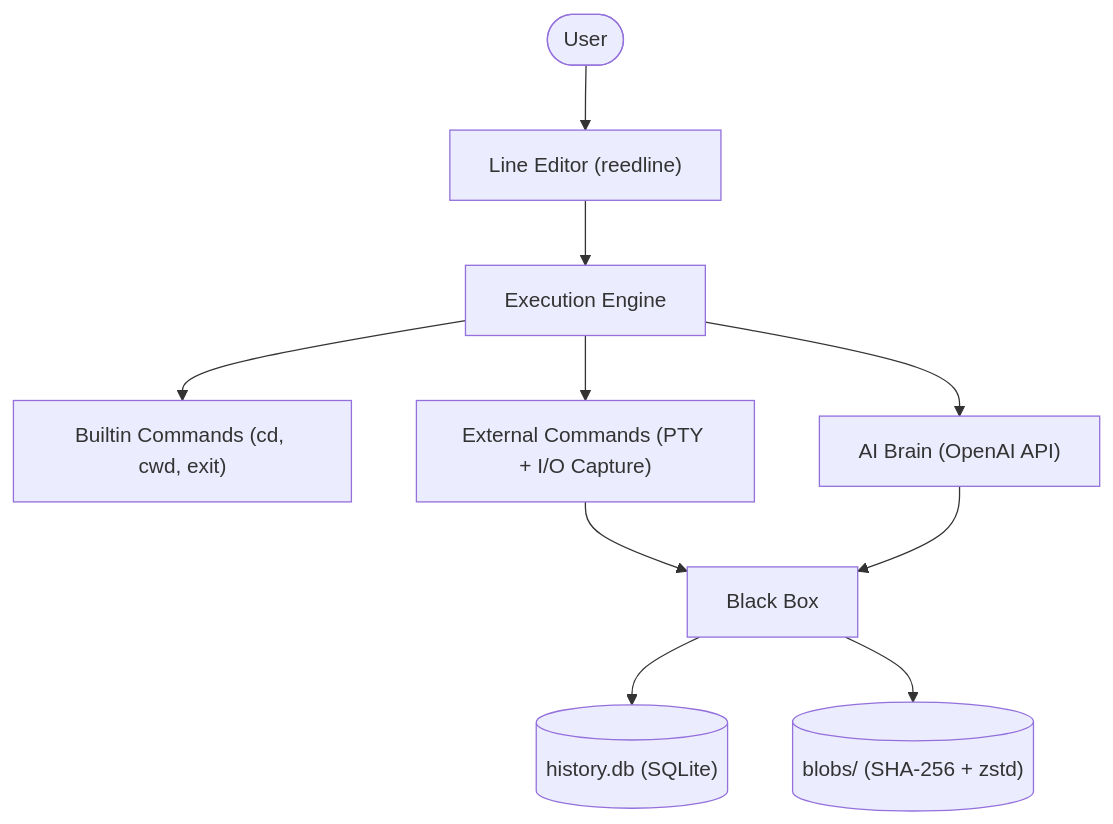
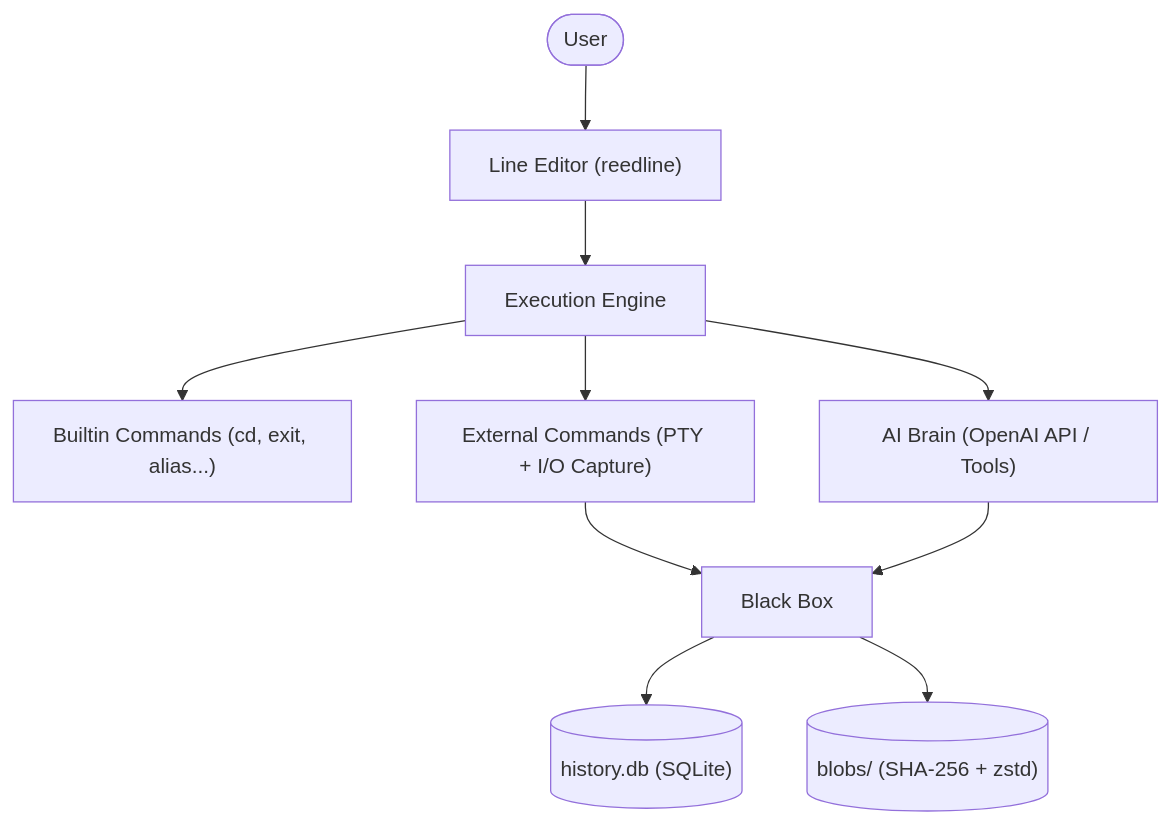
One commit to tominaga-h/jarvis-shell changed the diagram in README.md. Above: the diagram before and after it, drawn with Mermaid. The commit also changed other lines of this file and 1 other file, not shown here.

````diff
--- a/README.md
+++ b/README.md
@@ -149,12 +138,12 @@
 ```mermaid
 graph TB
     User(["User"]) --> A["Line Editor (reedline)"]
     A --> B["Execution Engine"]
-    B --> B1["Builtin Commands (cd, cwd, exit)"]
+    B --> B1["Builtin Commands (cd, exit, alias...)"]
     B --> B2["External Commands (PTY + I/O Capture)"]
-    B --> D["AI Brain (OpenAI API)"]
+    B --> D["AI Brain (OpenAI API / Tools)"]
     B2 --> C["Black Box"]
     D --> C
     C --> C1[("history.db (SQLite)")]
     C --> C2[("blobs/ (SHA-256 + zstd)")]
 ```
````
